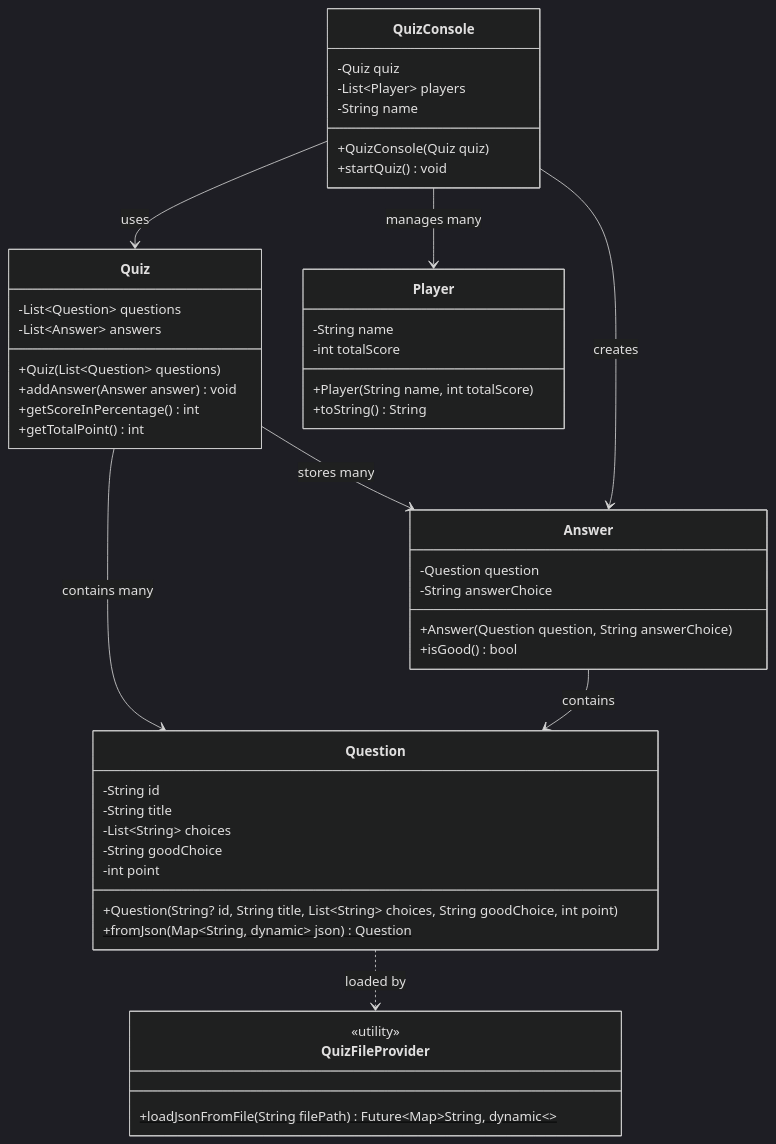
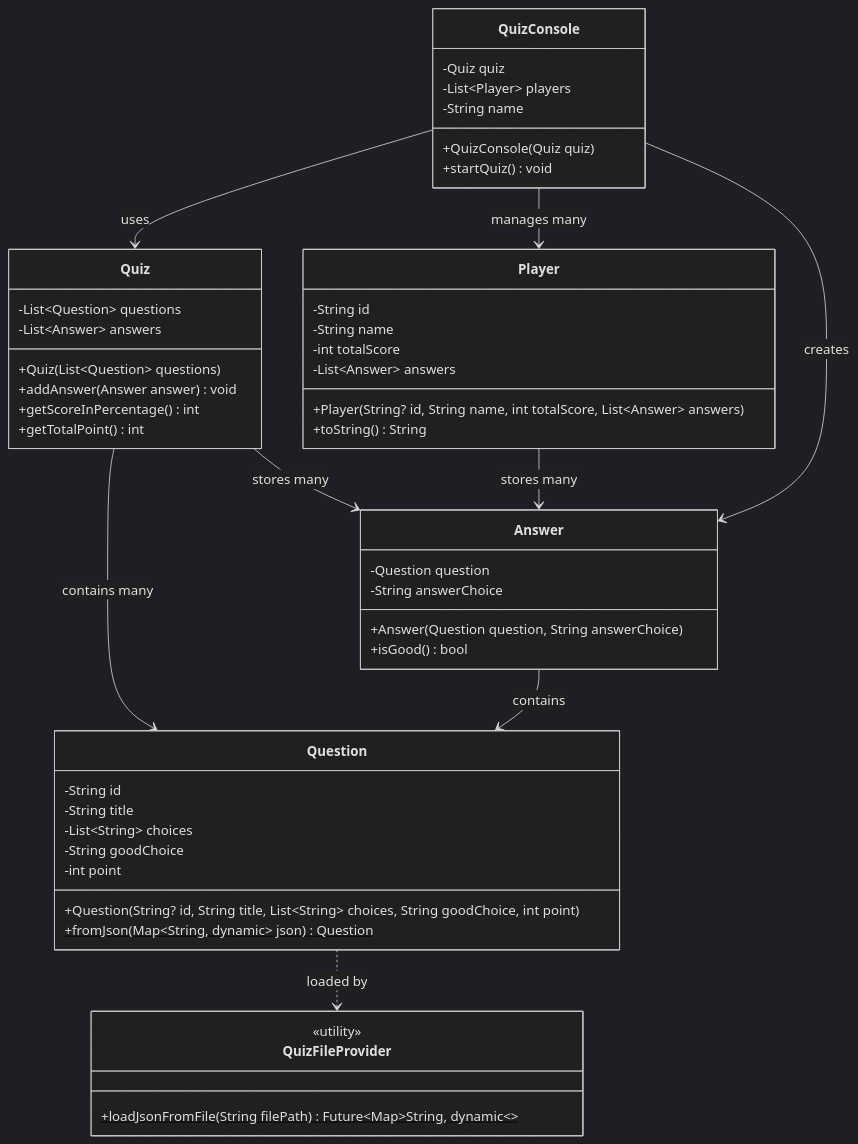
One commit to LK-Hour/Quiz changed the diagram in README.md. Above: the diagram before and after it, drawn with Mermaid (dark theme).

Commit message:
Update UML diagram

````diff
--- a/README.md
+++ b/README.md
@@ -33,56 +33,59 @@
 ```mermaid
 classDiagram
     class Question {
         -String id
         -String title
         -List~String~ choices
         -String goodChoice
         -int point
         +Question(String? id, String title, List~String~ choices, String goodChoice, int point)
         +fromJson(Map~String, dynamic~ json)$ Question
     }
 
     class Answer {
         -Question question
         -String answerChoice
         +Answer(Question question, String answerChoice)
         +isGood() bool
     }
 
     class Quiz {
         -List~Question~ questions
         -List~Answer~ answers
         +Quiz(List~Question~ questions)
         +addAnswer(Answer answer) void
         +getScoreInPercentage() int
         +getTotalPoint() int
     }
 
     class Player {
+        -String id
         -String name
         -int totalScore
-        +Player(String name, int totalScore)
+        -List~Answer~ answers
+        +Player(String? id, String name, int totalScore, List~Answer~ answers)
         +toString() String
     }
 
     class QuizConsole {
         -Quiz quiz
         -List~Player~ players
         -String name
         +QuizConsole(Quiz quiz)
         +startQuiz() void
     }
 
     class QuizFileProvider {
         <<utility>>
         +loadJsonFromFile(String filePath)$ Future~Map~String, dynamic~~
     }
 
     Answer --> Question : contains
     Quiz --> Question : contains many
     Quiz --> Answer : stores many
     QuizConsole --> Quiz : uses
     QuizConsole --> Player : manages many
     QuizConsole --> Answer : creates
+    Player --> Answer : stores many
     Question ..> QuizFileProvider : loaded by
 ```
````
